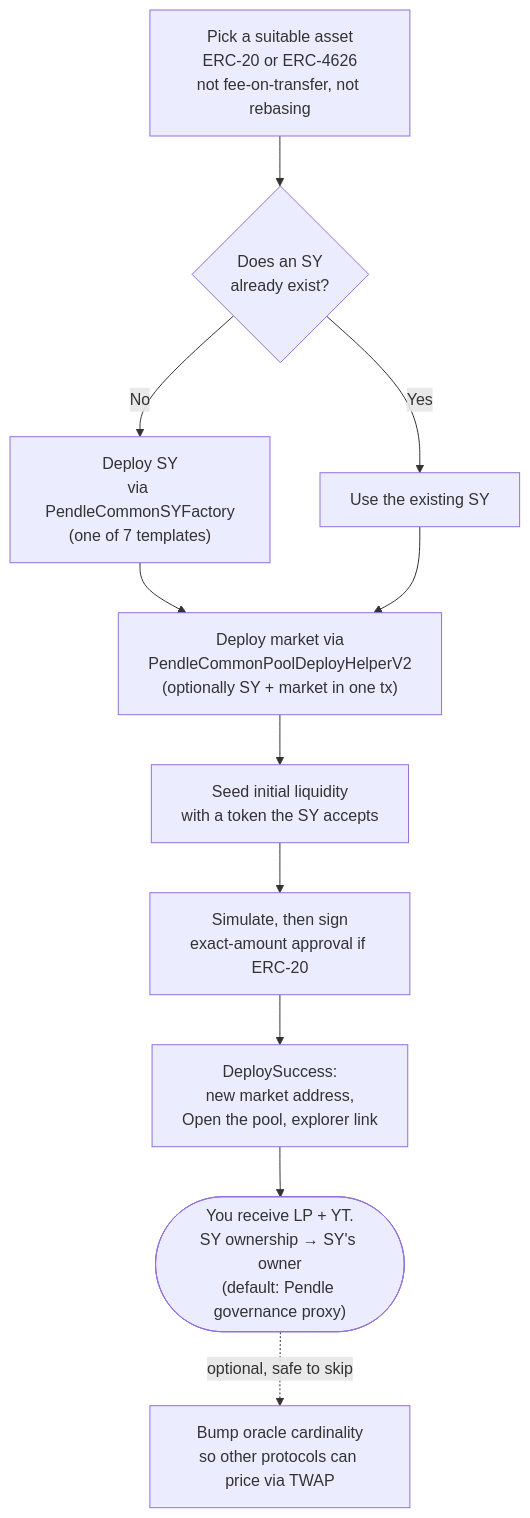
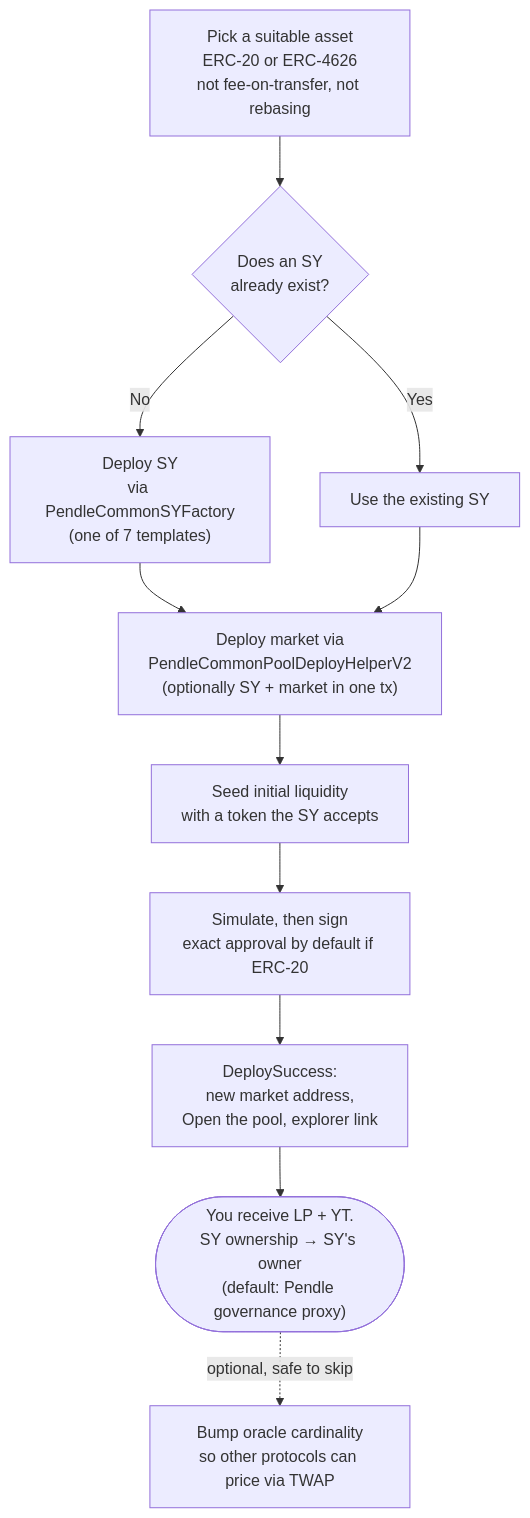
One commit to ggmatch-mod/open-pendle changed the diagram in docs-site/create/overview.md. Above: the diagram before and after it, drawn with Mermaid. The commit also changed other lines of this file and 65 other files, not shown here.

First line of the commit message:
Add SY wrapper flows and harden token handling

````diff
--- a/docs-site/create/overview.md
+++ b/docs-site/create/overview.md
@@ -58,13 +58,13 @@
 ```mermaid
 flowchart TD
   A[Pick a suitable asset<br/>ERC-20 or ERC-4626<br/>not fee-on-transfer, not rebasing] --> B{Does an SY<br/>already exist?}
   B -->|No| C["Deploy SY<br/>via PendleCommonSYFactory<br/>(one of 7 templates)"]
   B -->|Yes| D[Use the existing SY]
   C --> E["Deploy market via<br/>PendleCommonPoolDeployHelperV2<br/>(optionally SY + market in one tx)"]
   D --> E
   E --> F[Seed initial liquidity<br/>with a token the SY accepts]
-  F --> G[Simulate, then sign<br/>exact-amount approval if ERC-20]
+  F --> G[Simulate, then sign<br/>exact approval by default if ERC-20]
   G --> H["DeploySuccess:<br/>new market address,<br/>Open the pool, explorer link"]
   H --> I(["You receive LP + YT.<br/>SY ownership → SY's owner<br/>(default: Pendle governance proxy)"])
   I -.->|optional, safe to skip| J[Bump oracle cardinality<br/>so other protocols can price via TWAP]
 ```
````
